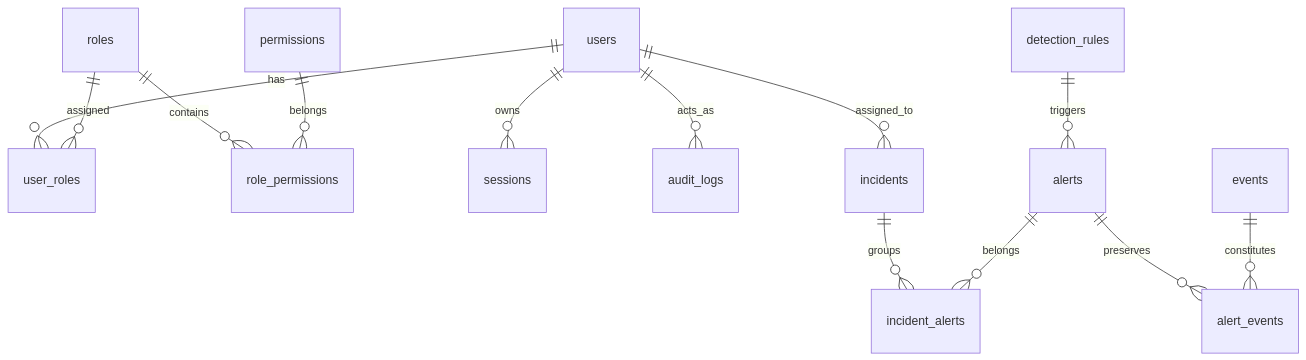
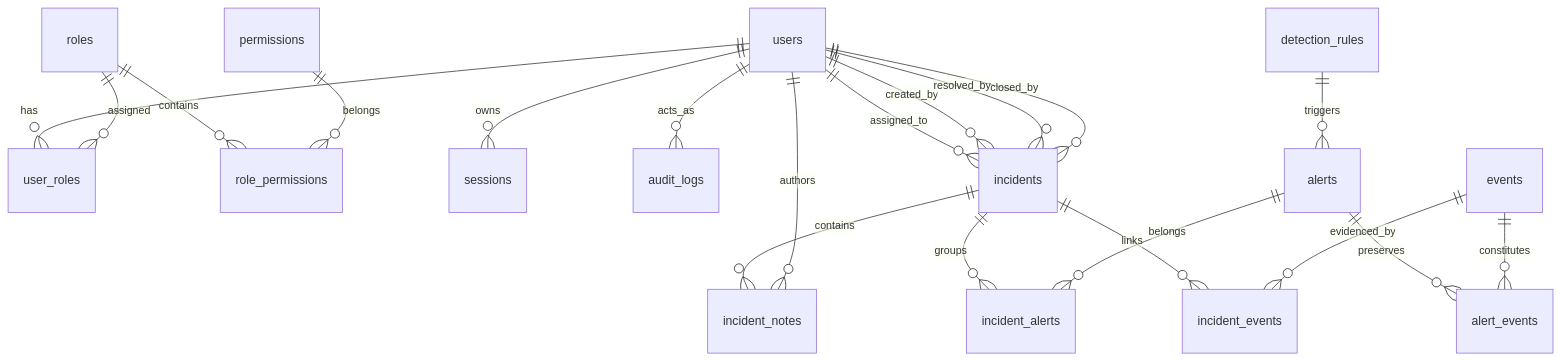
The diagram in docs/architecture/system-architecture.md (DevZenMaster/SentinelForge), drawn with Mermaid before and after one commit. The commit also changed other lines of this file and 16 other files, not shown here.

````diff
--- a/docs/architecture/system-architecture.md
+++ b/docs/architecture/system-architecture.md
@@ -79,17 +79,24 @@
 ```mermaid
 erDiagram
     users ||--o{ user_roles : has
     roles ||--o{ user_roles : assigned
     roles ||--o{ role_permissions : contains
     permissions ||--o{ role_permissions : belongs
     users ||--o{ sessions : owns
     users ||--o{ audit_logs : acts_as
 
     detection_rules ||--o{ alerts : triggers
     alerts ||--o{ alert_events : preserves
     events ||--o{ alert_events : constitutes
     
     incidents ||--o{ incident_alerts : groups
     alerts ||--o{ incident_alerts : belongs
+    incidents ||--o{ incident_events : links
+    events ||--o{ incident_events : evidenced_by
+    incidents ||--o{ incident_notes : contains
+    users ||--o{ incident_notes : authors
     users ||--o{ incidents : assigned_to
+    users ||--o{ incidents : created_by
+    users ||--o{ incidents : resolved_by
+    users ||--o{ incidents : closed_by
 ```
````
